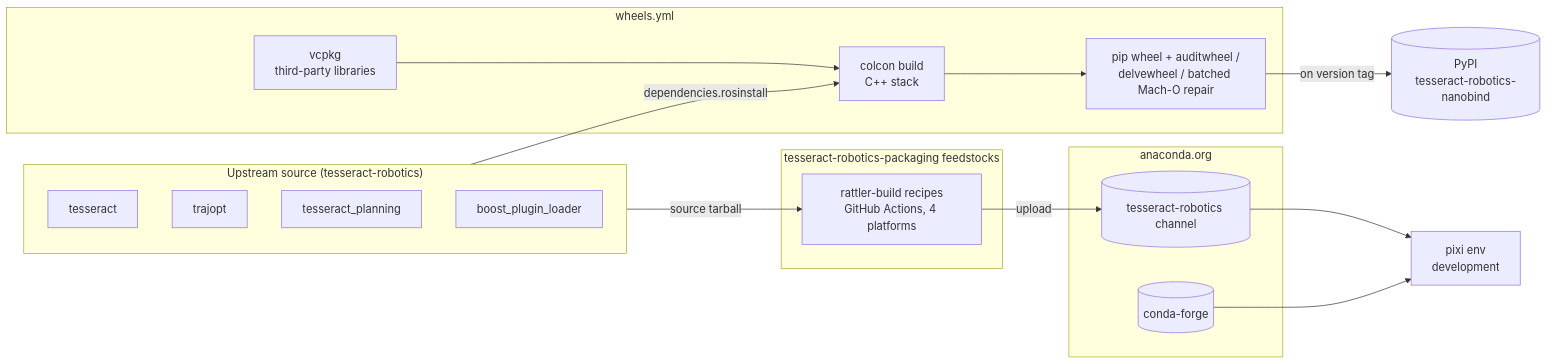
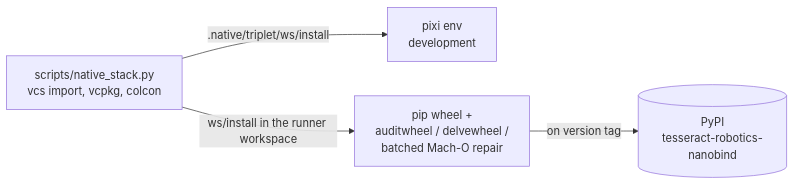
One commit to tesseract-robotics/tesseract_nanobind changed the first of 2 diagrams in docs/developer/binaries.md. Above: the diagram before and after it, drawn with Mermaid. The commit also changed other lines of this file and 8 other files, not shown here.

First line of the commit message:
build: remove the conda tesseract path (feedstock submodules, build-feedstock tasks, packaged env)

````diff
--- a/docs/developer/binaries.md
+++ b/docs/developer/binaries.md
@@ -15,30 +8,7 @@
 ```mermaid
 flowchart LR
-    subgraph upstream["Upstream source (tesseract-robotics)"]
-        T[tesseract]
-        TR[trajopt]
-        TP[tesseract_planning]
-        BPL[boost_plugin_loader]
-    end
-    subgraph pkg["tesseract-robotics-packaging feedstocks"]
-        F[rattler-build recipes<br/>GitHub Actions, 4 platforms]
-    end
-    subgraph chan["anaconda.org"]
-        C[(tesseract-robotics channel)]
-        CF[(conda-forge)]
-    end
-    subgraph wheels["wheels.yml"]
-        V[vcpkg<br/>third-party libraries]
-        CB[colcon build<br/>C++ stack]
-        R[pip wheel + auditwheel /<br/>delvewheel / batched Mach-O repair]
-    end
-    P[pixi env<br/>development]
-    W[(PyPI<br/>tesseract-robotics-nanobind)]
-
-    upstream -->|source tarball| F
-    F -->|upload| C
-    C --> P
-    CF --> P
-    upstream -->|dependencies.rosinstall| CB
-    V --> CB --> R -->|on version tag| W
+    S[scripts/native_stack.py<br/>vcs import, vcpkg, colcon]
+    S -->|.native/triplet/ws/install| P[pixi env<br/>development]
+    S -->|ws/install in the runner workspace| R[pip wheel +<br/>auditwheel / delvewheel /<br/>batched Mach-O repair]
+    R -->|on version tag| W[(PyPI<br/>tesseract-robotics-nanobind)]
 ```
````
